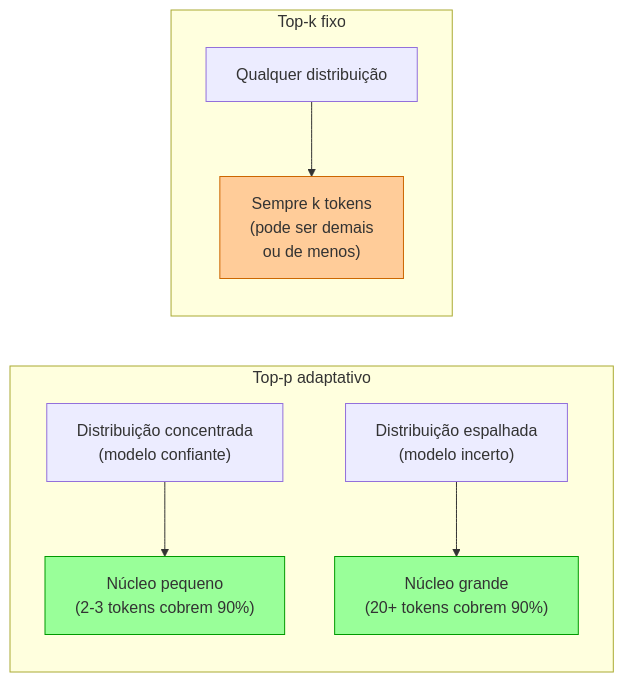
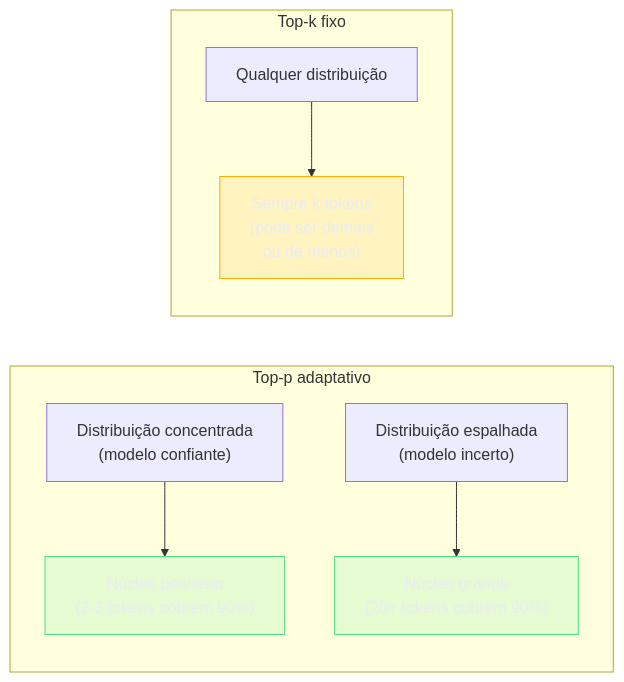
Before and after one commit to josenaldo/codex-technomanticus: the third of 3 diagrams in 03-Dominios/Tecnologia/IA/Anatomia dos LLMs/05 - Completação — o loop autoregressivo.md, drawn with Mermaid. The commit also changed 1181 other files, not shown here.

First line of the commit message:
fix(diagramas): paleta do sistema no lugar de cor cravada no markdown

````diff
--- a/03-Dominios/Tecnologia/IA/Anatomia dos LLMs/05 - Completação — o loop autoregressivo.md
+++ b/03-Dominios/Tecnologia/IA/Anatomia dos LLMs/05 - Completação — o loop autoregressivo.md
@@ -153,13 +153,15 @@
 ```mermaid
 graph LR
+    classDef ok fill:#4ADE8021,stroke:#4ADE80,color:#E9ECF2
+    classDef destaque fill:#FFAA0024,stroke:#FFAA00,color:#E9ECF2
     subgraph "Top-p adaptativo"
         A["Distribuição concentrada\n(modelo confiante)"] --> B["Núcleo pequeno\n(2-3 tokens cobrem 90%)"]
         C["Distribuição espalhada\n(modelo incerto)"] --> D["Núcleo grande\n(20+ tokens cobrem 90%)"]
     end
     subgraph "Top-k fixo"
         E["Qualquer distribuição"] --> F["Sempre k tokens\n(pode ser demais\nou de menos)"]
     end
-    style B fill:#99ff99,stroke:#009900
-    style D fill:#99ff99,stroke:#009900
-    style F fill:#ffcc99,stroke:#cc6600
+    class B ok
+    class D ok
+    class F destaque
 ```
````
